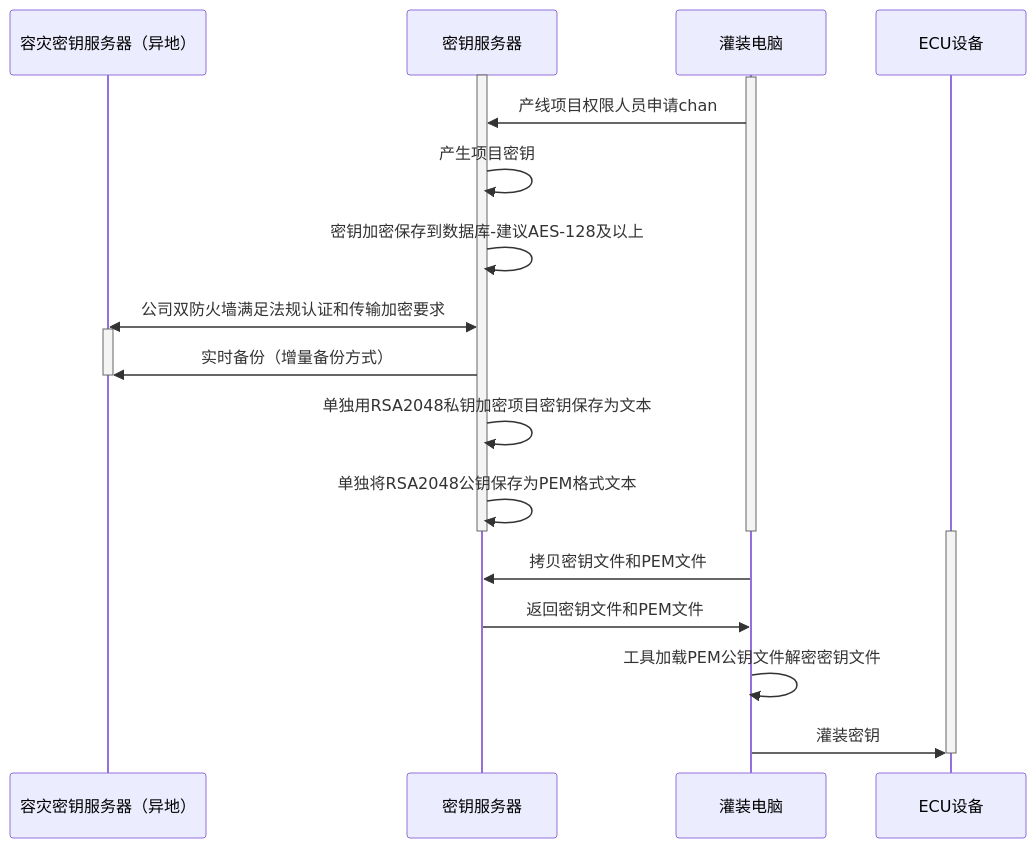
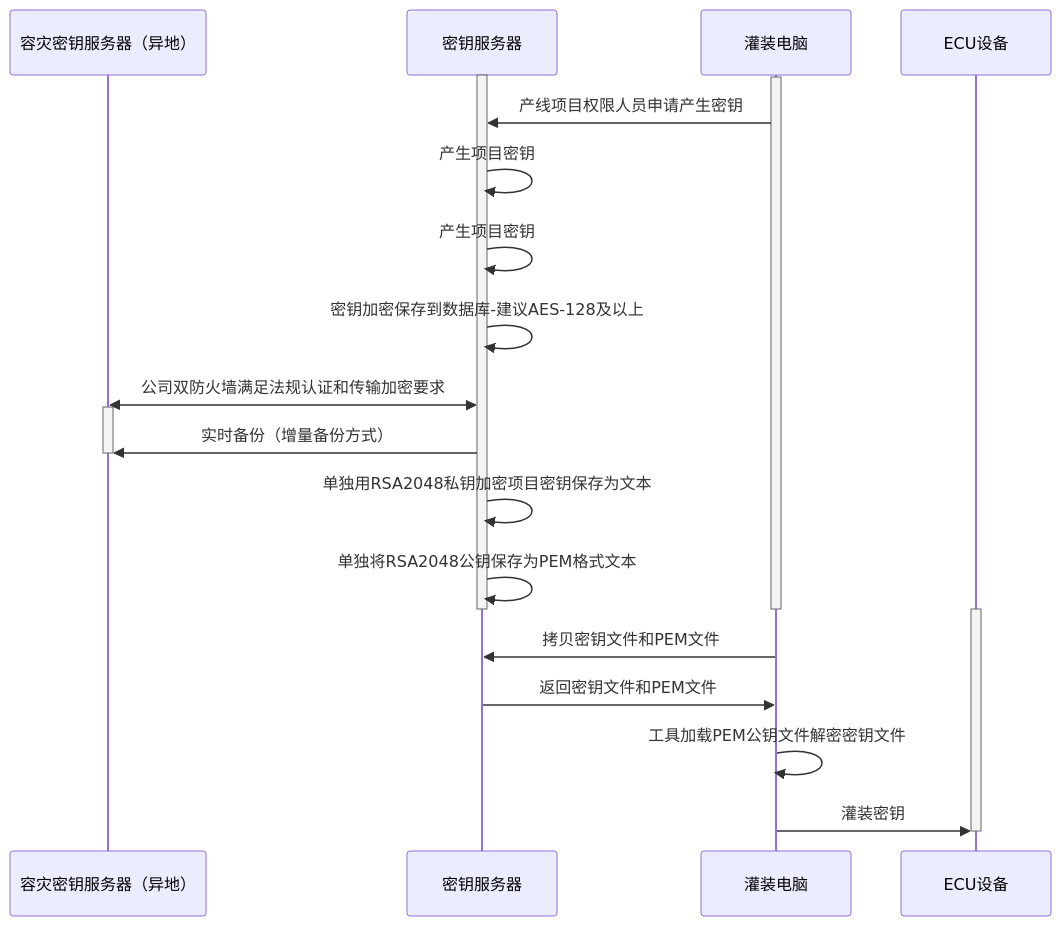
The diagram in all/未命名-15.md (facebook-cloud/iodraw-files), drawn with Mermaid before and after one commit.

Commit message:
2026-02-11 19:22:46 update

````diff
--- a/all/未命名-15.md
+++ b/all/未命名-15.md
@@ -1,30 +1,31 @@
 ```mermaid
 sequenceDiagram
     participant A as 容灾密钥服务器（异地）
     participant B as 密钥服务器
     participant D as 灌装电脑
     participant E as ECU设备
 
     activate B
     activate D
-    D->>B: 产线项目权限人员申请chan
+    D->>B: 产线项目权限人员申请产生密钥
+    B->>B: 产生项目密钥
     B->>B: 产生项目密钥
     B->>B: 密钥加密保存到数据库-建议AES-128及以上
     A<<->>B: 公司双防火墙满足法规认证和传输加密要求
 
     activate A
     B->>A: 实时备份（增量备份方式）
     deactivate A
     B->>B: 单独用RSA2048私钥加密项目密钥保存为文本
     B->>B: 单独将RSA2048公钥保存为PEM格式文本
     deactivate B
     deactivate D
 
     activate E
     D->>B: 拷贝密钥文件和PEM文件
     B->>D: 返回密钥文件和PEM文件
     D->>D:工具加载PEM公钥文件解密密钥文件
     D->>E: 灌装密钥
     deactivate E
 
 ```
````
